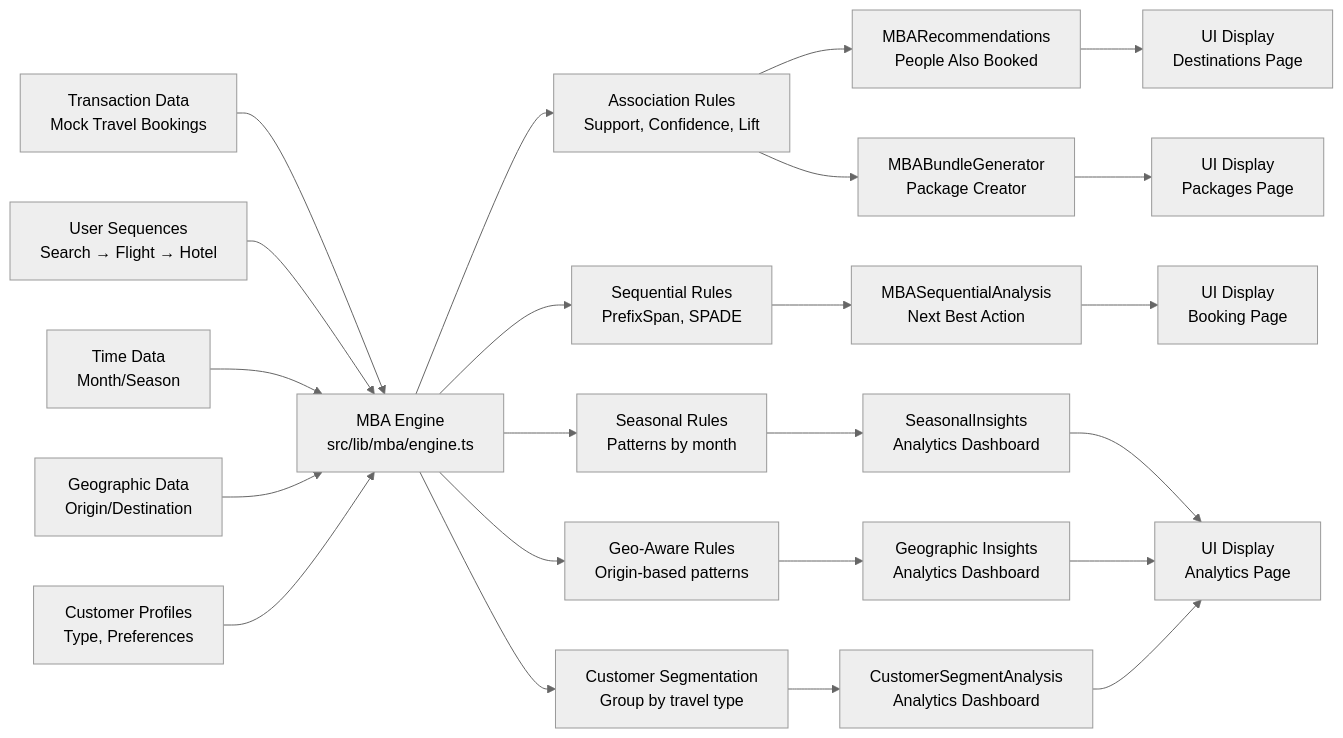
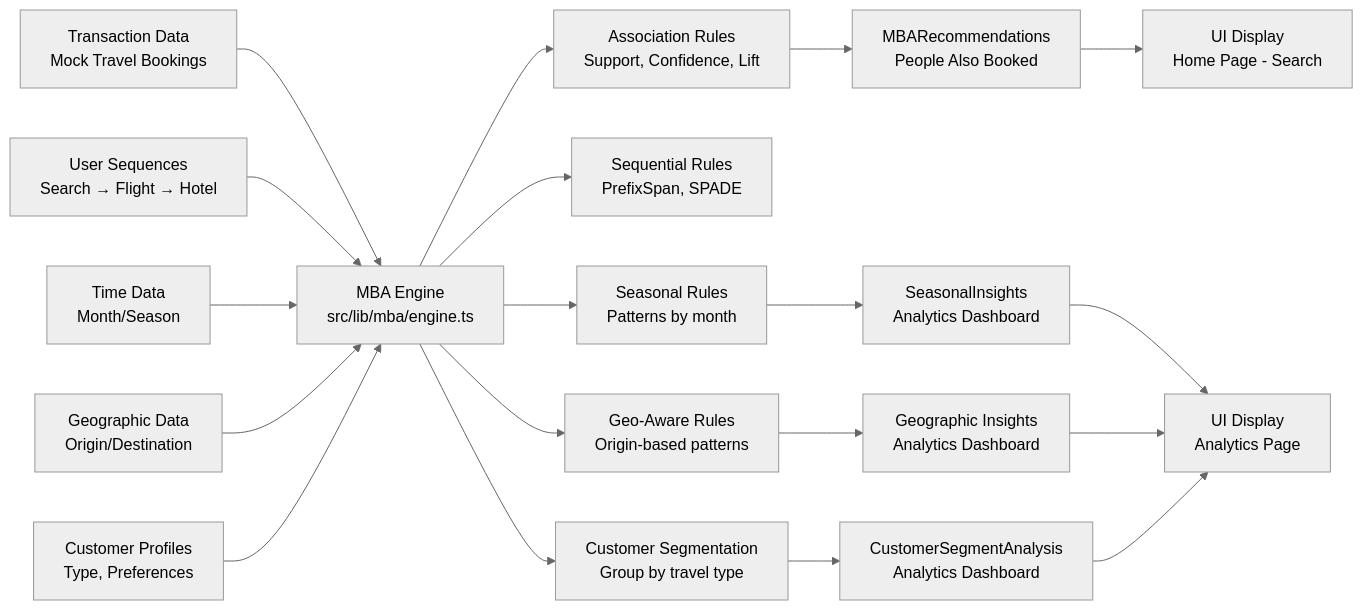
The third of 5 diagrams in docs/flowcharts.md (Akul0105/TRAVEL-PLANNER-APP), drawn with Mermaid (neutral theme) before and after one commit. The commit also changed other lines of this file and 40 other files, not shown here.

````diff
--- a/docs/flowcharts.md
+++ b/docs/flowcharts.md
@@ -106,32 +103,28 @@
 ```mermaid
 flowchart LR
     %% Data Input
     TXN[Transaction Data<br/>Mock Travel Bookings] --> PROCESS
     SEQS[User Sequences<br/>Search → Flight → Hotel] --> PROCESS
     SEASON[Time Data<br/>Month/Season] --> PROCESS
     GEO_DATA[Geographic Data<br/>Origin/Destination] --> PROCESS
     PROFILES[Customer Profiles<br/>Type, Preferences] --> PROCESS
     
     %% Processing
     PROCESS[MBA Engine<br/>src/lib/mba/engine.ts] --> ASSOC_RULES[Association Rules<br/>Support, Confidence, Lift]
     PROCESS --> SEQ_RULES[Sequential Rules<br/>PrefixSpan, SPADE]
     PROCESS --> SEASON_RULES[Seasonal Rules<br/>Patterns by month]
     PROCESS --> GEO_RULES[Geo-Aware Rules<br/>Origin-based patterns]
     PROCESS --> CUST_SEG[Customer Segmentation<br/>Group by travel type]
     
     %% Output Components
     ASSOC_RULES --> RECS_COMP[MBARecommendations<br/>People Also Booked]
-    ASSOC_RULES --> BUNDLE_COMP[MBABundleGenerator<br/>Package Creator]
-    SEQ_RULES --> SEQ_COMP[MBASequentialAnalysis<br/>Next Best Action]
     SEASON_RULES --> SEASON_DASH[SeasonalInsights<br/>Analytics Dashboard]
     GEO_RULES --> GEO_DASH[Geographic Insights<br/>Analytics Dashboard]
     CUST_SEG --> SEG_DASH[CustomerSegmentAnalysis<br/>Analytics Dashboard]
     
     %% Display
-    RECS_COMP --> UI_SHOW[UI Display<br/>Destinations Page]
-    BUNDLE_COMP --> UI_SHOW2[UI Display<br/>Packages Page]
-    SEQ_COMP --> UI_SHOW3[UI Display<br/>Booking Page]
+    RECS_COMP --> UI_SHOW[UI Display<br/>Home Page - Search]
     SEASON_DASH --> UI_SHOW4[UI Display<br/>Analytics Page]
     GEO_DASH --> UI_SHOW4
     SEG_DASH --> UI_SHOW4
 ```
````
